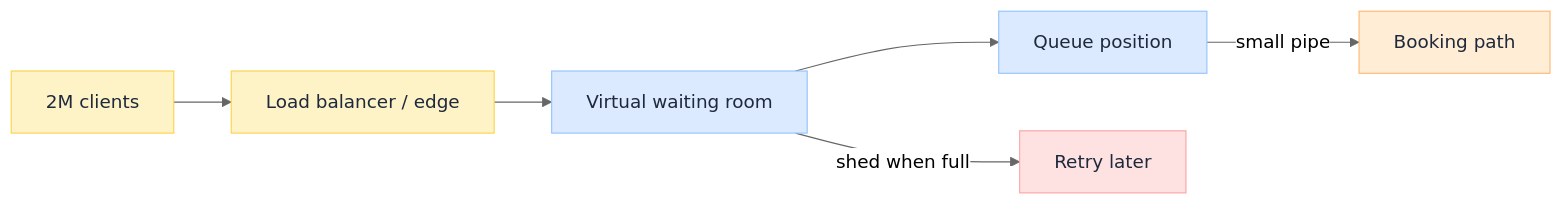
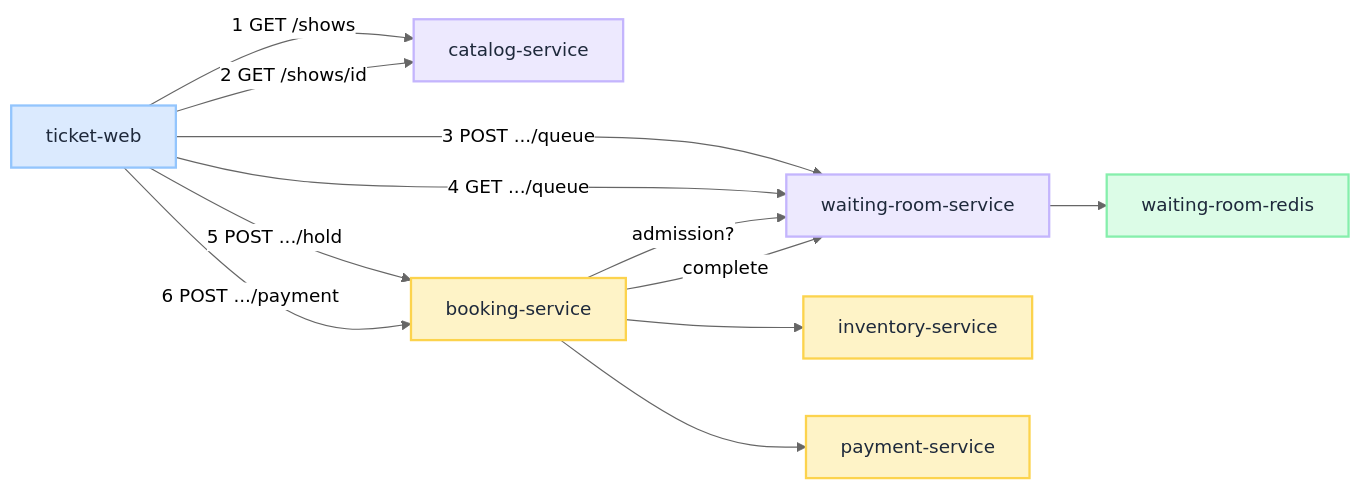
Before and after one commit to iamsharmajitender/gain: the diagram in docs/insights/system-design/2026-08-04-virtual-waiting-room-system-design/virtual-waiting-room-system-design.mdx, drawn with Mermaid (neutral theme). The commit also changed other lines of this file and 43 other files, not shown here.

````diff
--- a/docs/insights/system-design/2026-08-04-virtual-waiting-room-system-design/virtual-waiting-room-system-design.mdx
+++ b/docs/insights/system-design/2026-08-04-virtual-waiting-room-system-design/virtual-waiting-room-system-design.mdx
@@ -58,18 +49,24 @@
 ```mermaid
 flowchart LR
-    U["2M clients"] --> LB["Load balancer / edge"]
-    LB --> WR["Virtual waiting room"]
-    WR --> Q["Queue position"]
-    WR -->|"shed when full"| R["Retry later"]
-    Q -->|"small pipe"| B["Booking path"]
+    Web["ticket-web"] -->|"1 GET /shows"| Cat["catalog-service"]
+    Web -->|"2 GET /shows/id"| Cat
+    Web -->|"3 POST .../queue"| Room["waiting-room-service"]
+    Web -->|"4 GET .../queue"| Room
+    Room --> Redis["waiting-room-redis"]
+    Web -->|"5 POST .../hold"| Book["booking-service"]
+    Web -->|"6 POST .../payment"| Book
+    Book -->|"admission?"| Room
+    Book -->|"complete"| Room
+    Book --> Inv["inventory-service"]
+    Book --> Pmt["payment-service"]
 
-    classDef a fill:#fef3c7,stroke:#fcd34d,color:#1e293b
-    classDef b fill:#dbeafe,stroke:#93c5fd,color:#1e293b
-    classDef c fill:#ffedd5,stroke:#fdba74,color:#1e293b
-    classDef d fill:#fee2e2,stroke:#fca5a5,color:#1e293b
+    classDef actor fill:#dbeafe,stroke:#93c5fd,color:#1e293b,stroke-width:2px
+    classDef process fill:#ede9fe,stroke:#c4b5fd,color:#1e293b,stroke-width:2px
+    classDef runtime fill:#dcfce7,stroke:#86efac,color:#1e293b,stroke-width:2px
+    classDef action fill:#fef3c7,stroke:#fcd34d,color:#1e293b,stroke-width:2px
 
-    class U,LB a
-    class WR,Q b
-    class B c
-    class R d
+    class Web actor
+    class Cat,Room process
+    class Redis runtime
+    class Book,Inv,Pmt action
 ```
````
